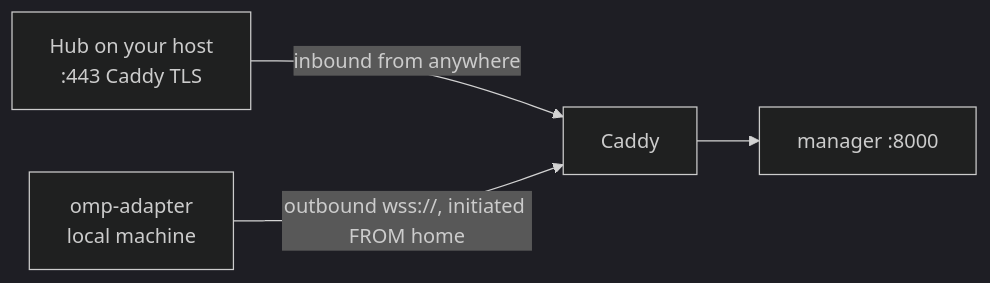
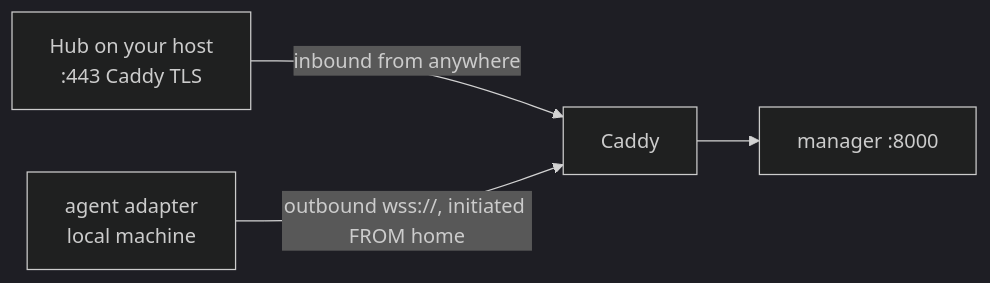
The diagram in docs/ADAPTER-CONNECTIVITY.md (coder-newbie404/agent-hub), drawn with Mermaid (dark theme) before and after one commit. The commit also changed other lines of this file and 8 other files, not shown here.

````diff
--- a/docs/ADAPTER-CONNECTIVITY.md
+++ b/docs/ADAPTER-CONNECTIVITY.md
@@ -17,6 +17,6 @@
 ```mermaid
 flowchart LR
     HUB[Hub on your host\n:443 Caddy TLS] -- "inbound from anywhere" --> C[Caddy]
     C --> M[manager :8000]
-    A[omp-adapter\nlocal machine] -- "outbound wss://, initiated FROM home" --> C
+    A[agent adapter\nlocal machine] -- "outbound wss://, initiated FROM home" --> C
 ```
````
